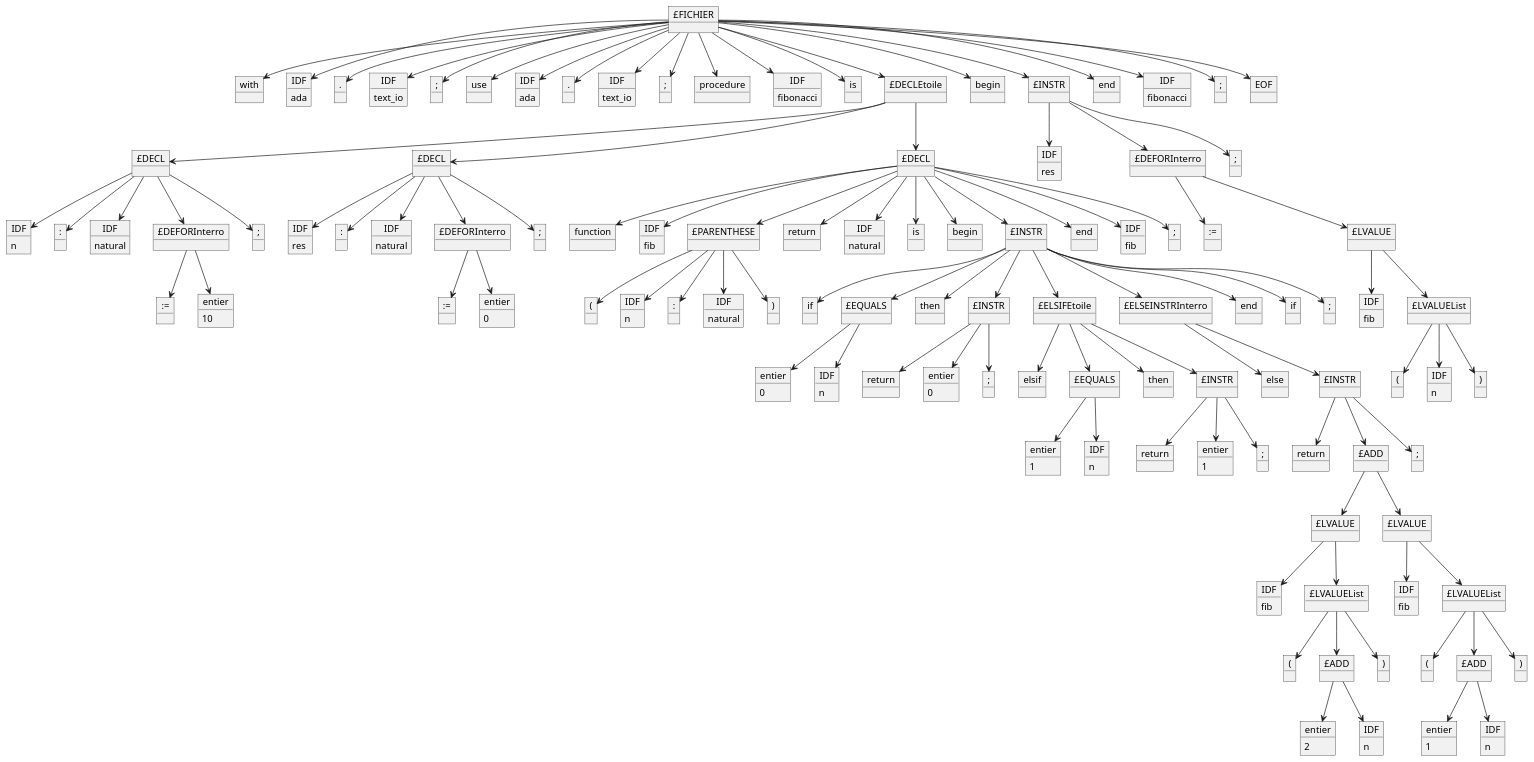
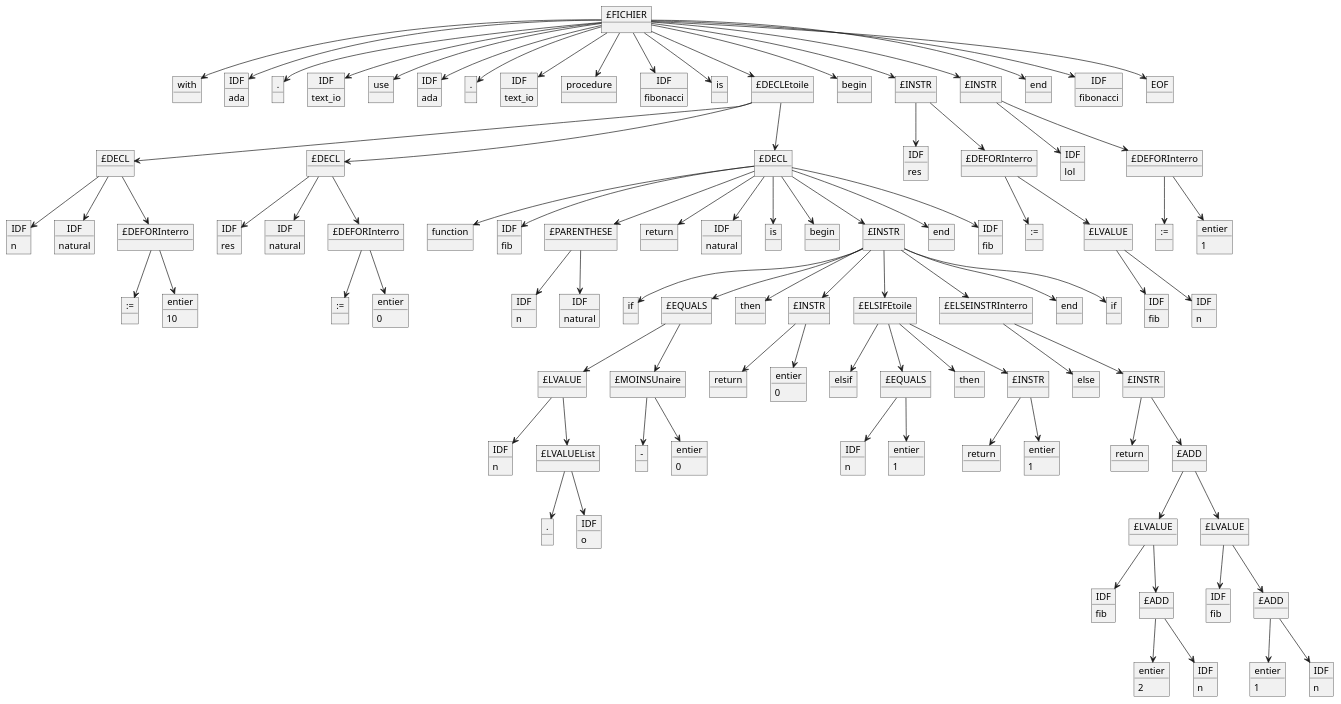
The diagram in Programmes/Fonctionne/fibonaccii.adb.puml (LeBoufty/pcl), drawn with PlantUML before and after one commit. The commit also changed 1 other file, not shown here.

```diff
--- a/Programmes/Fonctionne/fibonaccii.adb.puml
+++ b/Programmes/Fonctionne/fibonaccii.adb.puml
@@ -6,139 +6,128 @@
 object "." as 4
 object "IDF" as 5
 5 : text_io
-object ";" as 6
-object "use" as 7
-object "IDF" as 8
-8 : ada
-object "." as 9
-object "IDF" as 10
-10 : text_io
-object ";" as 11
-object "procedure" as 12
-object "IDF" as 13
-13 : fibonacci
-object "is" as 14
-object "£DECLEtoile" as 15
-object "begin" as 16
-object "£INSTR" as 17
-object "end" as 18
-object "IDF" as 19
-19 : fibonacci
-object ";" as 20
-object "EOF" as 21
+object "use" as 6
+object "IDF" as 7
+7 : ada
+object "." as 8
+object "IDF" as 9
+9 : text_io
+object "procedure" as 10
+object "IDF" as 11
+11 : fibonacci
+object "is" as 12
+object "£DECLEtoile" as 13
+object "begin" as 14
+object "£INSTR" as 15
+object "£INSTR" as 16
+object "end" as 17
+object "IDF" as 18
+18 : fibonacci
+object "EOF" as 19
+object "£DECL" as 20
+object "£DECL" as 21
 object "£DECL" as 22
-object "£DECL" as 23
-object "£DECL" as 24
+object "IDF" as 23
+23 : res
+object "£DEFORInterro" as 24
 object "IDF" as 25
-25 : res
+25 : lol
 object "£DEFORInterro" as 26
-object ";" as 27
+object "IDF" as 27
+27 : n
 object "IDF" as 28
-28 : n
-object ":" as 29
+28 : natural
+object "£DEFORInterro" as 29
 object "IDF" as 30
-30 : natural
-object "£DEFORInterro" as 31
-object ";" as 32
-object "IDF" as 33
-33 : res
-object ":" as 34
-object "IDF" as 35
-35 : natural
-object "£DEFORInterro" as 36
-object ";" as 37
-object "function" as 38
-object "IDF" as 39
-39 : fib
-object "£PARENTHESE" as 40
-object "return" as 41
+30 : res
+object "IDF" as 31
+31 : natural
+object "£DEFORInterro" as 32
+object "function" as 33
+object "IDF" as 34
+34 : fib
+object "£PARENTHESE" as 35
+object "return" as 36
+object "IDF" as 37
+37 : natural
+object "is" as 38
+object "begin" as 39
+object "£INSTR" as 40
+object "end" as 41
 object "IDF" as 42
-42 : natural
-object "is" as 43
-object "begin" as 44
-object "£INSTR" as 45
-object "end" as 46
-object "IDF" as 47
-47 : fib
-object ";" as 48
+42 : fib
+object ":=" as 43
+object "£LVALUE" as 44
+object ":=" as 45
+object "entier" as 46
+46 : 1
+object ":=" as 47
+object "entier" as 48
+48 : 10
 object ":=" as 49
-object "£LVALUE" as 50
-object ":=" as 51
-object "entier" as 52
-52 : 10
-object ":=" as 53
-object "entier" as 54
-54 : 0
-object "(" as 55
-object "IDF" as 56
-56 : n
-object ":" as 57
-object "IDF" as 58
-58 : natural
-object ")" as 59
+object "entier" as 50
+50 : 0
+object "IDF" as 51
+51 : n
+object "IDF" as 52
+52 : natural
+object "if" as 53
+object "£EQUALS" as 54
+object "then" as 55
+object "£INSTR" as 56
+object "£ELSIFEtoile" as 57
+object "£ELSEINSTRInterro" as 58
+object "end" as 59
 object "if" as 60
-object "£EQUALS" as 61
-object "then" as 62
-object "£INSTR" as 63
-object "£ELSIFEtoile" as 64
-object "£ELSEINSTRInterro" as 65
-object "end" as 66
-object "if" as 67
-object ";" as 68
-object "IDF" as 69
-69 : fib
-object "£LVALUEList" as 70
-object "entier" as 71
-71 : 0
-object "IDF" as 72
-72 : n
-object "return" as 73
-object "entier" as 74
-74 : 0
-object ";" as 75
-object "elsif" as 76
-object "£EQUALS" as 77
-object "then" as 78
-object "£INSTR" as 79
-object "else" as 80
-object "£INSTR" as 81
-object "(" as 82
-object "IDF" as 83
-83 : n
-object ")" as 84
-object "entier" as 85
-85 : 1
-object "IDF" as 86
-86 : n
-object "return" as 87
-object "entier" as 88
-88 : 1
-object ";" as 89
-object "return" as 90
-object "£ADD" as 91
-object ";" as 92
-object "£LVALUE" as 93
-object "£LVALUE" as 94
-object "IDF" as 95
-95 : fib
-object "£LVALUEList" as 96
-object "IDF" as 97
-97 : fib
-object "£LVALUEList" as 98
-object "(" as 99
-object "£ADD" as 100
-object ")" as 101
-object "(" as 102
-object "£ADD" as 103
-object ")" as 104
-object "entier" as 105
-105 : 2
-object "IDF" as 106
-106 : n
-object "entier" as 107
-107 : 1
-object "IDF" as 108
-108 : n
+object "IDF" as 61
+61 : fib
+object "IDF" as 62
+62 : n
+object "£LVALUE" as 63
+object "£MOINSUnaire" as 64
+object "return" as 65
+object "entier" as 66
+66 : 0
+object "elsif" as 67
+object "£EQUALS" as 68
+object "then" as 69
+object "£INSTR" as 70
+object "else" as 71
+object "£INSTR" as 72
+object "IDF" as 73
+73 : n
+object "£LVALUEList" as 74
+object "-" as 75
+object "entier" as 76
+76 : 0
+object "IDF" as 77
+77 : n
+object "entier" as 78
+78 : 1
+object "return" as 79
+object "entier" as 80
+80 : 1
+object "return" as 81
+object "£ADD" as 82
+object "." as 83
+object "IDF" as 84
+84 : o
+object "£LVALUE" as 85
+object "£LVALUE" as 86
+object "IDF" as 87
+87 : fib
+object "£ADD" as 88
+object "IDF" as 89
+89 : fib
+object "£ADD" as 90
+object "entier" as 91
+91 : 2
+object "IDF" as 92
+92 : n
+object "entier" as 93
+93 : 1
+object "IDF" as 94
+94 : n
 1 -down-> 2
 1 -down-> 3
 1 -down-> 4
@@ -157,93 +146,79 @@
 1 -down-> 17
 1 -down-> 18
 1 -down-> 19
-1 -down-> 20
-1 -down-> 21
-15 -down-> 22
+13 -down-> 20
+13 -down-> 21
+13 -down-> 22
 15 -down-> 23
 15 -down-> 24
-17 -down-> 25
-17 -down-> 26
-17 -down-> 27
-22 -down-> 28
-22 -down-> 29
-22 -down-> 30
-22 -down-> 31
-22 -down-> 32
-23 -down-> 33
-23 -down-> 34
-23 -down-> 35
-23 -down-> 36
-23 -down-> 37
-24 -down-> 38
-24 -down-> 39
-24 -down-> 40
-24 -down-> 41
-24 -down-> 42
+16 -down-> 25
+16 -down-> 26
+20 -down-> 27
+20 -down-> 28
+20 -down-> 29
+21 -down-> 30
+21 -down-> 31
+21 -down-> 32
+22 -down-> 33
+22 -down-> 34
+22 -down-> 35
+22 -down-> 36
+22 -down-> 37
+22 -down-> 38
+22 -down-> 39
+22 -down-> 40
+22 -down-> 41
+22 -down-> 42
 24 -down-> 43
 24 -down-> 44
-24 -down-> 45
-24 -down-> 46
-24 -down-> 47
-24 -down-> 48
-26 -down-> 49
-26 -down-> 50
-31 -down-> 51
-31 -down-> 52
-36 -down-> 53
-36 -down-> 54
+26 -down-> 45
+26 -down-> 46
+29 -down-> 47
+29 -down-> 48
+32 -down-> 49
+32 -down-> 50
+35 -down-> 51
+35 -down-> 52
+40 -down-> 53
+40 -down-> 54
 40 -down-> 55
 40 -down-> 56
 40 -down-> 57
 40 -down-> 58
 40 -down-> 59
-45 -down-> 60
-45 -down-> 61
-45 -down-> 62
-45 -down-> 63
-45 -down-> 64
-45 -down-> 65
-45 -down-> 66
-45 -down-> 67
-45 -down-> 68
-50 -down-> 69
-50 -down-> 70
-61 -down-> 71
-61 -down-> 72
+40 -down-> 60
+44 -down-> 61
+44 -down-> 62
+54 -down-> 63
+54 -down-> 64
+56 -down-> 65
+56 -down-> 66
+57 -down-> 67
+57 -down-> 68
+57 -down-> 69
+57 -down-> 70
+58 -down-> 71
+58 -down-> 72
 63 -down-> 73
 63 -down-> 74
-63 -down-> 75
+64 -down-> 75
 64 -down-> 76
-64 -down-> 77
-64 -down-> 78
-64 -down-> 79
-65 -down-> 80
-65 -down-> 81
-70 -down-> 82
-70 -down-> 83
-70 -down-> 84
-77 -down-> 85
-77 -down-> 86
-79 -down-> 87
-79 -down-> 88
-79 -down-> 89
-81 -down-> 90
-81 -down-> 91
-81 -down-> 92
-91 -down-> 93
-91 -down-> 94
-93 -down-> 95
-93 -down-> 96
-94 -down-> 97
-94 -down-> 98
-96 -down-> 99
-96 -down-> 100
-96 -down-> 101
-98 -down-> 102
-98 -down-> 103
-98 -down-> 104
-100 -down-> 105
-100 -down-> 106
-103 -down-> 107
-103 -down-> 108
+68 -down-> 77
+68 -down-> 78
+70 -down-> 79
+70 -down-> 80
+72 -down-> 81
+72 -down-> 82
+74 -down-> 83
+74 -down-> 84
+82 -down-> 85
+82 -down-> 86
+85 -down-> 87
+85 -down-> 88
+86 -down-> 89
+86 -down-> 90
+88 -down-> 91
+88 -down-> 92
+90 -down-> 93
+90 -down-> 94
 @enduml
```
